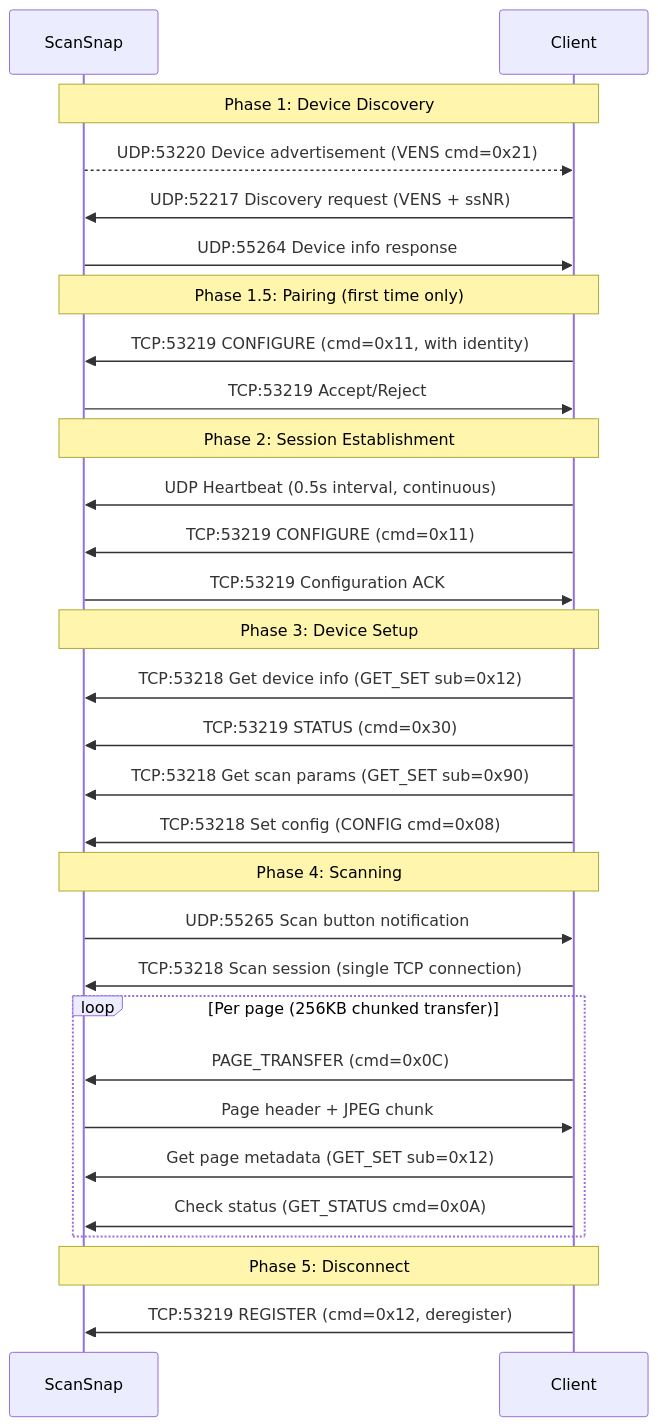
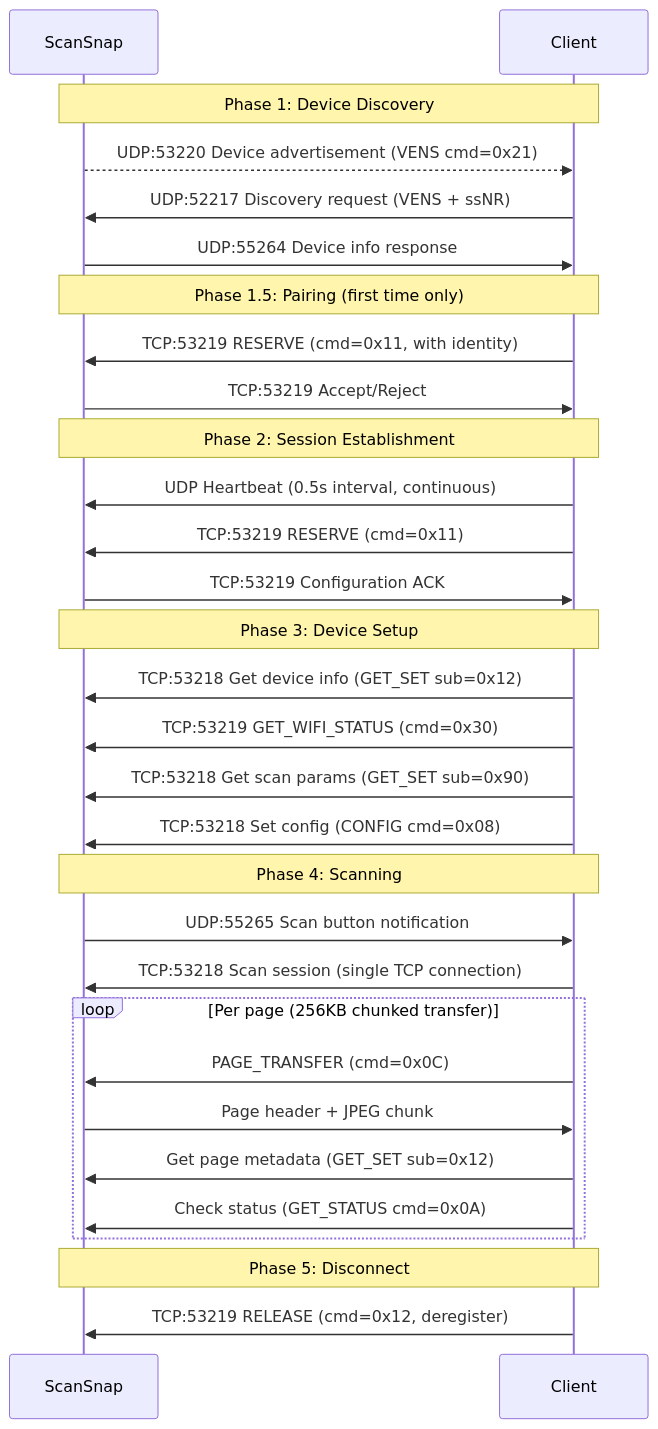
One commit to mzyy94/AirScap changed the first of 5 diagrams in protocol.en.md. Above: the diagram before and after it, drawn with Mermaid. The commit also changed other lines of this file and 7 other files, not shown here.

Commit message:
Rename control channel commands to match APK naming (RESERVE/RELEASE/GET_WIFI_STATUS)

````diff
--- a/protocol.en.md
+++ b/protocol.en.md
@@ -26,38 +26,38 @@
 ```mermaid
 sequenceDiagram
     participant S as ScanSnap
     participant C as Client
 
     Note over S,C: Phase 1: Device Discovery
     S-->>C: UDP:53220 Device advertisement (VENS cmd=0x21)
     C->>S: UDP:52217 Discovery request (VENS + ssNR)
     S->>C: UDP:55264 Device info response
 
     Note over S,C: Phase 1.5: Pairing (first time only)
-    C->>S: TCP:53219 CONFIGURE (cmd=0x11, with identity)
+    C->>S: TCP:53219 RESERVE (cmd=0x11, with identity)
     S->>C: TCP:53219 Accept/Reject
 
     Note over S,C: Phase 2: Session Establishment
     C->>S: UDP Heartbeat (0.5s interval, continuous)
-    C->>S: TCP:53219 CONFIGURE (cmd=0x11)
+    C->>S: TCP:53219 RESERVE (cmd=0x11)
     S->>C: TCP:53219 Configuration ACK
 
     Note over S,C: Phase 3: Device Setup
     C->>S: TCP:53218 Get device info (GET_SET sub=0x12)
-    C->>S: TCP:53219 STATUS (cmd=0x30)
+    C->>S: TCP:53219 GET_WIFI_STATUS (cmd=0x30)
     C->>S: TCP:53218 Get scan params (GET_SET sub=0x90)
     C->>S: TCP:53218 Set config (CONFIG cmd=0x08)
 
     Note over S,C: Phase 4: Scanning
     S->>C: UDP:55265 Scan button notification
     C->>S: TCP:53218 Scan session (single TCP connection)
     loop Per page (256KB chunked transfer)
         C->>S: PAGE_TRANSFER (cmd=0x0C)
         S->>C: Page header + JPEG chunk
         C->>S: Get page metadata (GET_SET sub=0x12)
         C->>S: Check status (GET_STATUS cmd=0x0A)
     end
 
     Note over S,C: Phase 5: Disconnect
-    C->>S: TCP:53219 REGISTER (cmd=0x12, deregister)
+    C->>S: TCP:53219 RELEASE (cmd=0x12, deregister)
 ```
````
